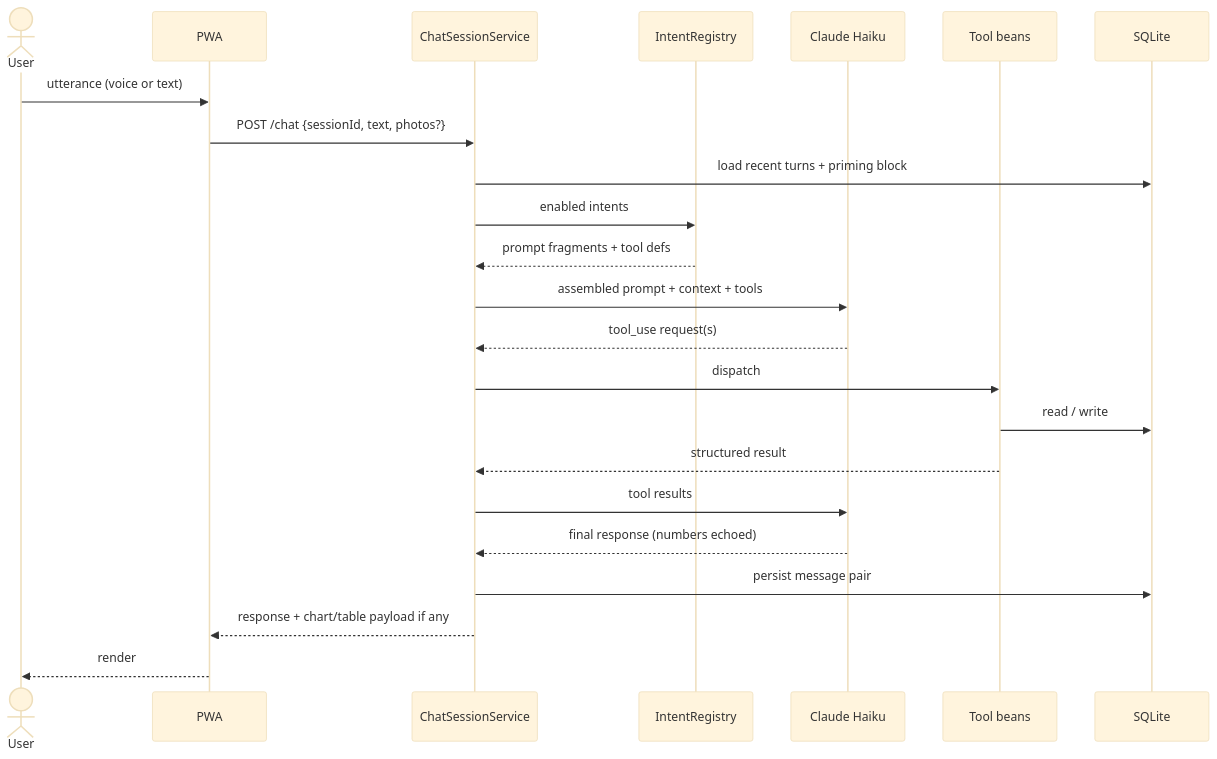
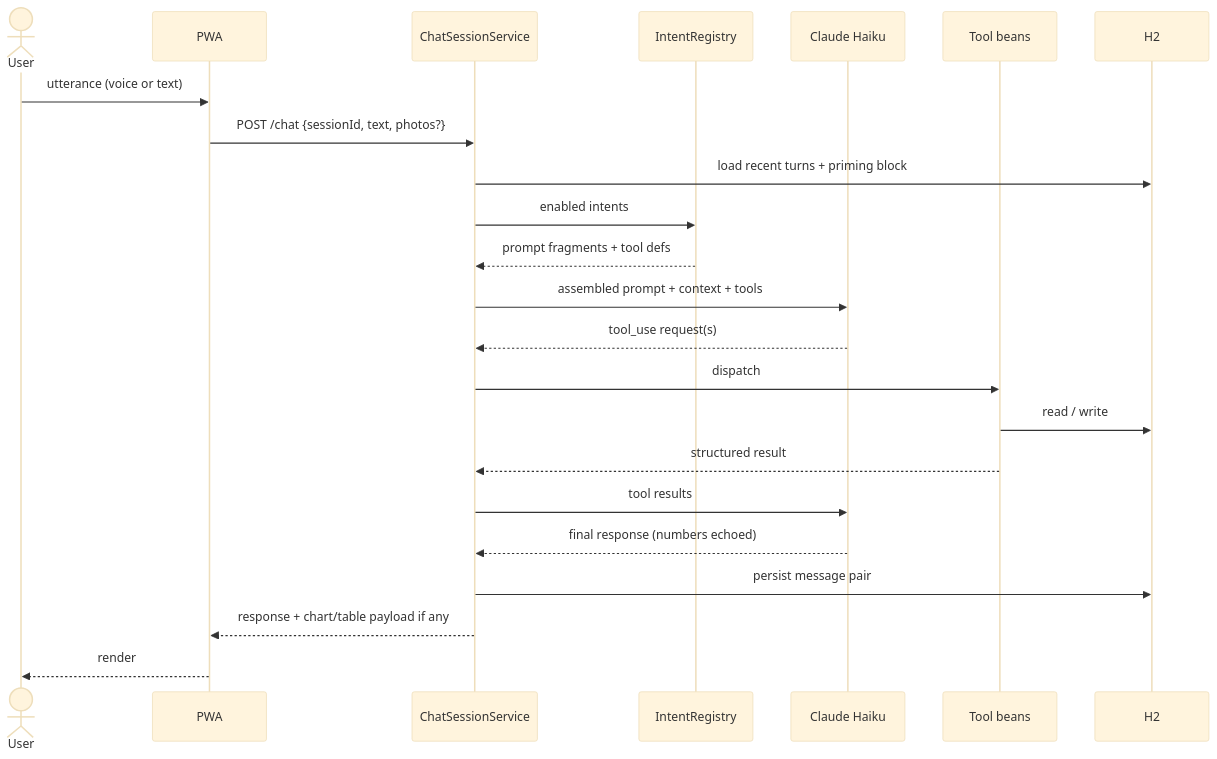
Before and after one commit to rodmxw11/chat-diet-open: the third of 6 diagrams in SPEC.md, drawn with Mermaid (base theme). The commit also changed other lines of this file and 18 other files, not shown here.

````diff
--- a/SPEC.md
+++ b/SPEC.md
@@ -438,26 +438,26 @@
 ```mermaid
 sequenceDiagram
     actor U as User
     participant P as PWA
     participant C as ChatSessionService
     participant R as IntentRegistry
     participant H as Claude Haiku
     participant T as Tool beans
-    participant D as SQLite
+    participant D as H2
 
     U->>P: utterance (voice or text)
     P->>C: POST /chat {sessionId, text, photos?}
     C->>D: load recent turns + priming block
     C->>R: enabled intents
     R-->>C: prompt fragments + tool defs
     C->>H: assembled prompt + context + tools
     H-->>C: tool_use request(s)
     C->>T: dispatch
     T->>D: read / write
     T-->>C: structured result
     C->>H: tool results
     H-->>C: final response (numbers echoed)
     C->>D: persist message pair
     C-->>P: response + chart/table payload if any
     P-->>U: render
 ```
````
